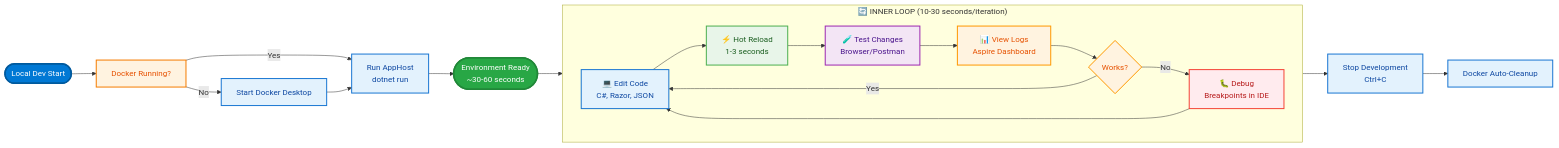
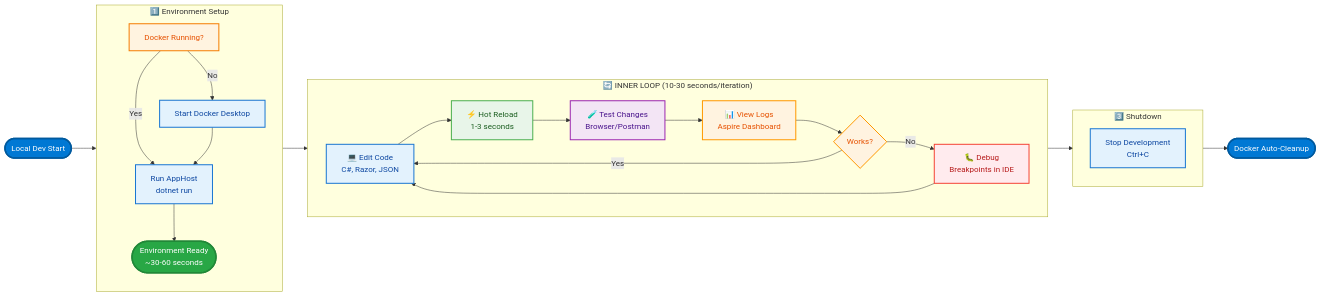
One commit to Evilazaro/Azure-LogicApps-Monitoring changed the first of 3 diagrams in docs/hooks/README.md. Above: the diagram before and after it, drawn with Mermaid. The commit also changed 4 other files, not shown here.

Commit message:
Refactor workflow diagrams in multiple documentation files for improved clarity and structure

````diff
--- a/docs/hooks/README.md
+++ b/docs/hooks/README.md
@@ -127,43 +127,58 @@
 ```mermaid
 flowchart LR
-    Start([Local Dev Start]) --> Docker[Docker Running?]
-    Docker -->|No| StartDocker[Start Docker Desktop]
-    Docker -->|Yes| Run
-    StartDocker --> Run[Run AppHost<br/>dotnet run]
+    Start([Local Dev Start])
+    End([Docker Auto-Cleanup])
 
-    Run --> Ready([Environment Ready<br/>~30-60 seconds])
+    Start --> SetupPhase
 
-    Ready --> DevLoop
+    subgraph SetupPhase["1️⃣ Environment Setup"]
+        direction TB
+        Docker[Docker Running?]
+        StartDocker[Start Docker Desktop]
+        Run[Run AppHost<br/>dotnet run]
+        Ready([Environment Ready<br/>~30-60 seconds])
+
+        Docker -->|No| StartDocker
+        Docker -->|Yes| Run
+        StartDocker --> Run
+        Run --> Ready
+    end
 
     subgraph DevLoop["🔄 INNER LOOP (10-30 seconds/iteration)"]
         direction LR
         Code[💻 Edit Code<br/>C#, Razor, JSON] --> HotReload[⚡ Hot Reload<br/>1-3 seconds]
         HotReload --> Test[🧪 Test Changes<br/>Browser/Postman]
         Test --> Logs[📊 View Logs<br/>Aspire Dashboard]
         Logs --> Review{Works?}
         Review -->|Yes| Code
         Review -->|No| Debug[🐛 Debug<br/>Breakpoints in IDE]
         Debug --> Code
     end
 
-    DevLoop --> Stop[Stop Development<br/>Ctrl+C]
-    Stop --> Cleanup[Docker Auto-Cleanup]
+    subgraph ShutdownPhase["3️⃣ Shutdown"]
+        direction TB
+        Stop[Stop Development<br/>Ctrl+C]
+    end
+
+    SetupPhase --> DevLoop
+    DevLoop --> ShutdownPhase
+    ShutdownPhase --> End
 
     classDef startEnd fill:#0078d4,stroke:#005a9e,stroke-width:3px,color:#fff
     classDef ready fill:#28a745,stroke:#218838,stroke-width:3px,color:#fff
     classDef process fill:#e3f2fd,stroke:#1976d2,stroke-width:2px,color:#0d47a1
     classDef success fill:#e8f5e9,stroke:#4caf50,stroke-width:2px,color:#1b5e20
     classDef test fill:#f3e5f5,stroke:#9c27b0,stroke-width:2px,color:#4a148c
     classDef loop fill:#fff3e0,stroke:#ff9800,stroke-width:2px,color:#e65100
     classDef debug fill:#ffebee,stroke:#f44336,stroke-width:2px,color:#b71c1c
     classDef decision fill:#fff3e0,stroke:#f57c00,stroke-width:2px,color:#e65100
 
-    class Start startEnd
+    class Start,End startEnd
     class Ready ready
-    class Code,Run,StartDocker,Stop,Cleanup process
+    class Code,Run,StartDocker,Stop process
     class HotReload success
     class Test test
     class Logs,Review loop
     class Debug debug
     class Docker decision
 ```
````
